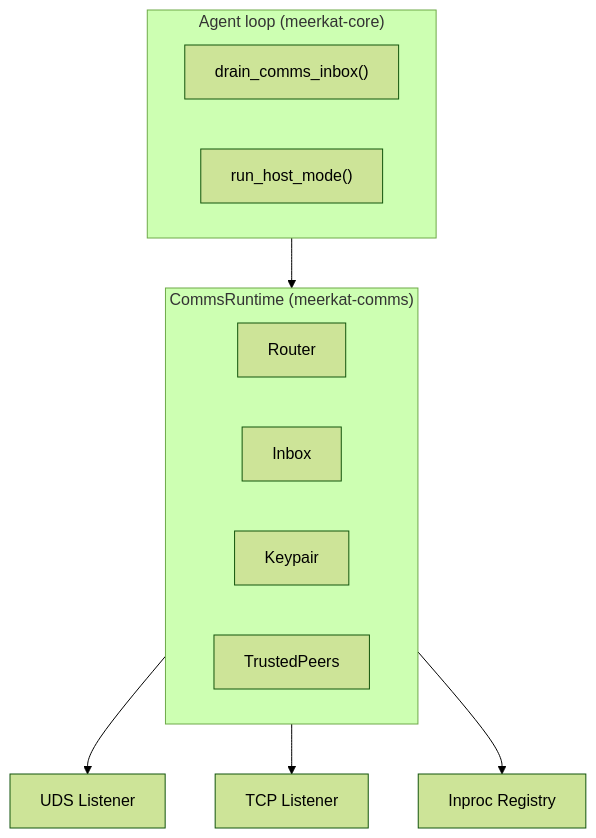
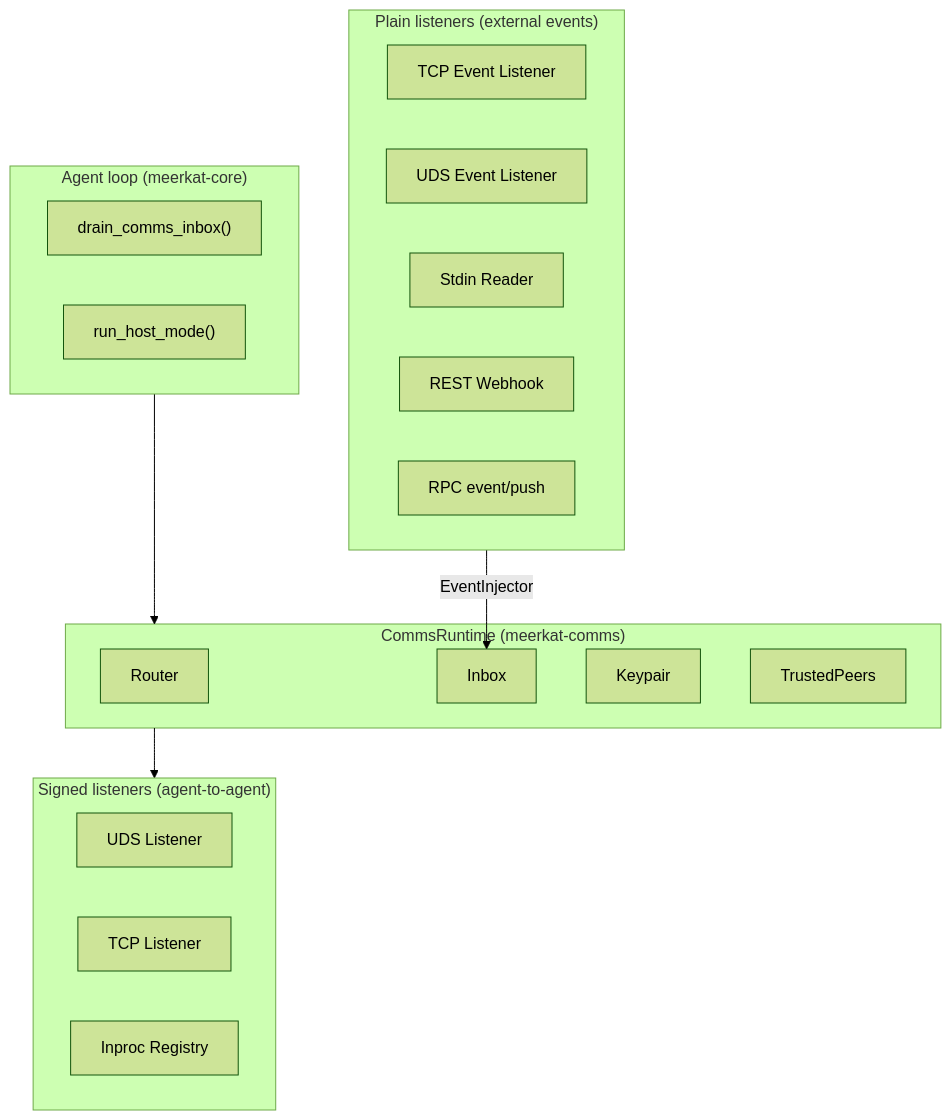
Before and after one commit to lukacf/meerkat: the diagram in docs/guides/comms.mdx, drawn with Mermaid (forest theme). The commit also changed other lines of this file and 8 other files, not shown here.

First line of the commit message:
Document external event ingestion across all surfaces and docs

````diff
--- a/docs/guides/comms.mdx
+++ b/docs/guides/comms.mdx
@@ -26,24 +28,33 @@
 ```mermaid
 graph TD
     subgraph agent["Agent loop (meerkat-core)"]
         DRAIN["drain_comms_inbox()"]
         HOST["run_host_mode()"]
     end
 
     subgraph runtime["CommsRuntime (meerkat-comms)"]
         ROUTER["Router"]
         INBOX["Inbox"]
         KP["Keypair"]
         TP["TrustedPeers"]
     end
 
     agent --> runtime
 
-    UDS["UDS Listener"]
-    TCP["TCP Listener"]
-    INPROC["Inproc Registry"]
+    subgraph signed["Signed listeners (agent-to-agent)"]
+        UDS["UDS Listener"]
+        TCP["TCP Listener"]
+        INPROC["Inproc Registry"]
+    end
 
-    runtime --> UDS
-    runtime --> TCP
-    runtime --> INPROC
+    subgraph plain["Plain listeners (external events)"]
+        PTCP["TCP Event Listener"]
+        PUDS["UDS Event Listener"]
+        STDIN["Stdin Reader"]
+        WEBHOOK["REST Webhook"]
+        RPC_EVT["RPC event/push"]
+    end
+
+    runtime --> signed
+    plain -->|"EventInjector"| INBOX
 ```
````
